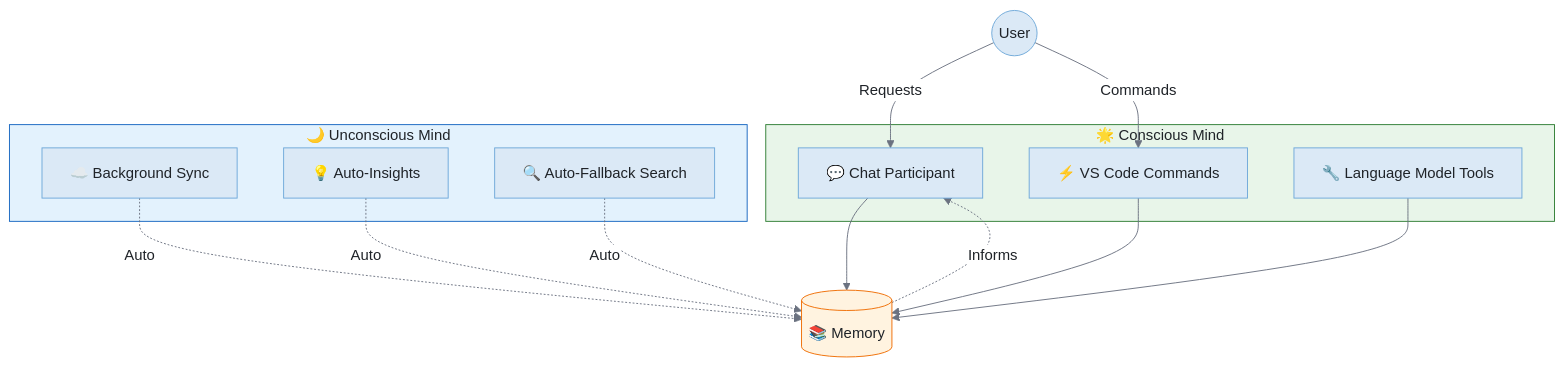
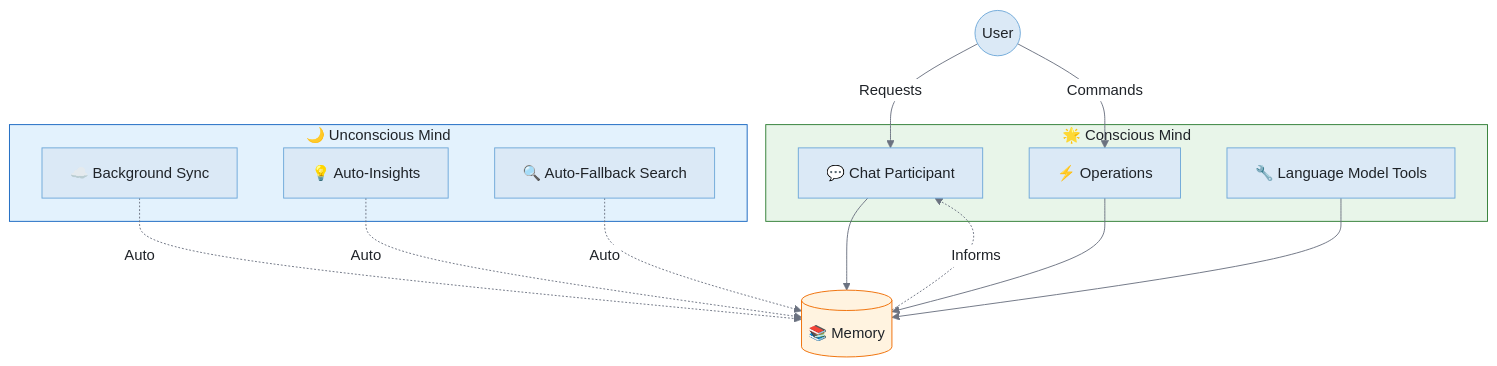
The first of 7 diagrams in alex_docs/architecture/COGNITIVE-ARCHITECTURE.md (fabioc-aloha/Alex_Plug_In), drawn with Mermaid before and after one commit. The commit also changed other lines of this file and 100 other files, not shown here.

````diff
--- a/alex_docs/architecture/COGNITIVE-ARCHITECTURE.md
+++ b/alex_docs/architecture/COGNITIVE-ARCHITECTURE.md
@@ -19,36 +19,36 @@
 ```mermaid
 %%{init: {'theme': 'base', 'themeVariables': {'background': '#f8f9fa', 'primaryColor': '#dbe9f6', 'primaryTextColor': '#1f2328', 'primaryBorderColor': '#6ea8d9', 'lineColor': '#6b7280', 'secondaryColor': '#d1f5ef', 'secondaryBorderColor': '#5ab5a0', 'tertiaryColor': '#ede7f6', 'tertiaryBorderColor': '#b39ddb', 'edgeLabelBackground': '#ffffff', 'fontFamily': 'Segoe UI, system-ui, sans-serif'}}}%%
 flowchart TB
     U((User))
 
     subgraph CONSCIOUS["🌟 Conscious Mind"]
         CP["💬 Chat Participant"]
-        SC["⚡ VS Code Commands"]
+        SC["⚡ Operations"]
         LMT["🔧 Language Model Tools"]
     end
 
     subgraph UNCONSCIOUS["🌙 Unconscious Mind"]
         BGS["☁️ Background Sync"]
         AID["💡 Auto-Insights"]
         AFS["🔍 Auto-Fallback Search"]
     end
 
     MEM[("📚 Memory")]
 
     U -->|Requests| CP
     U -->|Commands| SC
 
     CP --> MEM
     SC --> MEM
     LMT --> MEM
 
     BGS -.->|Auto| MEM
     AID -.->|Auto| MEM
     AFS -.->|Auto| MEM
 
     MEM -.->|Informs| CP
 
     style CONSCIOUS fill:#e8f5e9,stroke:#2e7d32,color:#1f2328
     style UNCONSCIOUS fill:#e3f2fd,stroke:#1565c0,color:#1f2328
     style MEM fill:#fff3e0,stroke:#ef6c00,color:#1f2328
 ```
````
